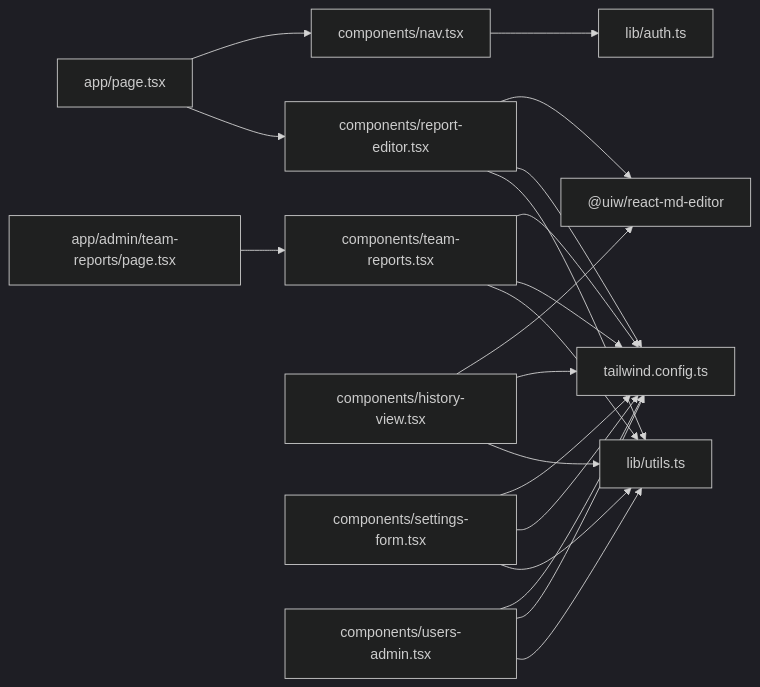
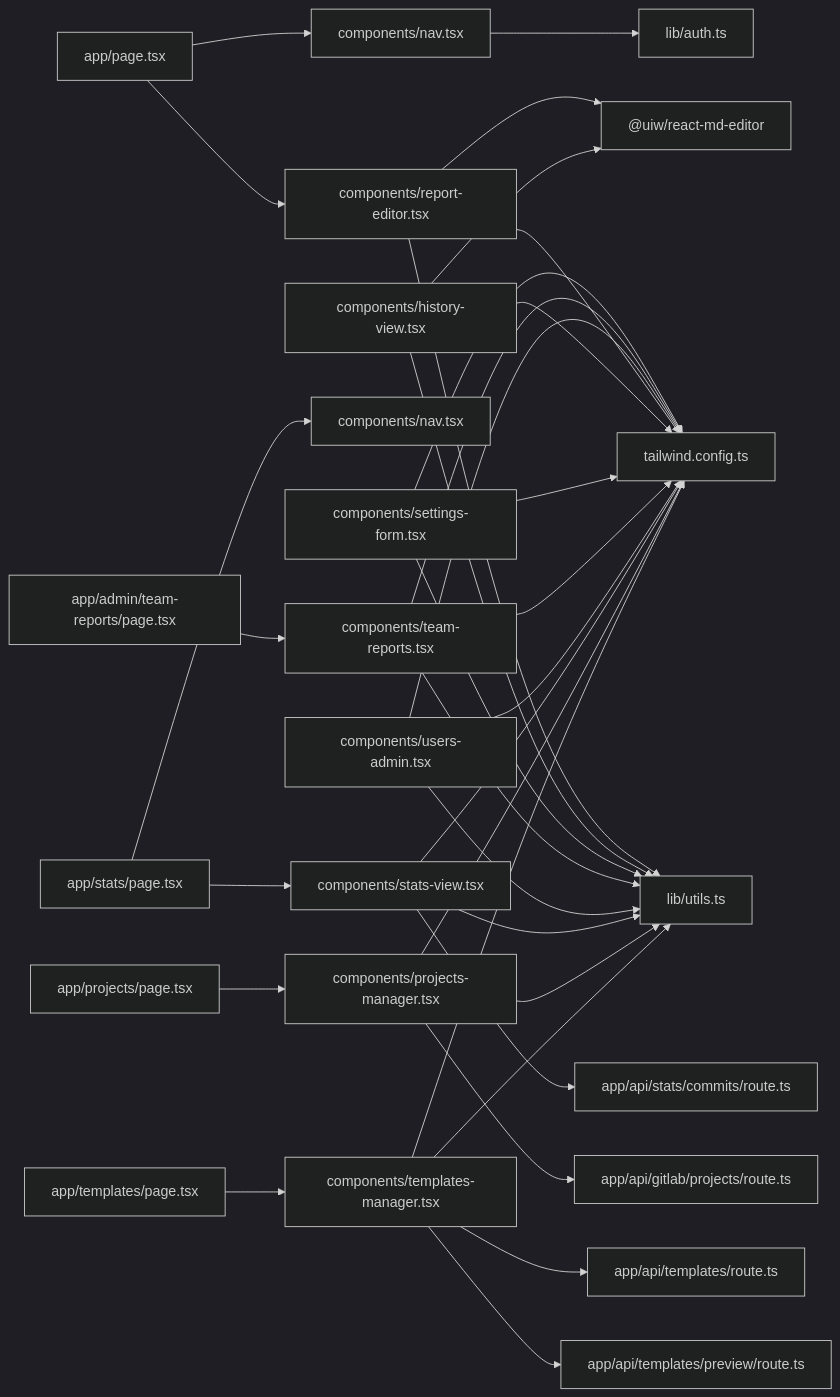
One commit to jrj444/git-daily changed diagram 13 of 13 in .qoder/repowiki/en/content/Frontend Components/Frontend Components.md. Above: the diagram before and after it, drawn with Mermaid (dark theme). The commit also changed other lines of this file and 26 other files, not shown here.

````diff
--- a/.qoder/repowiki/en/content/Frontend Components/Frontend Components.md
+++ b/.qoder/repowiki/en/content/Frontend Components/Frontend Components.md
@@ -430,22 +638,36 @@
 ```mermaid
 graph LR
 Page["app/page.tsx"] --> Nav["components/nav.tsx"]
 Page --> RE["components/report-editor.tsx"]
 TRP["app/admin/team-reports/page.tsx"] --> TR["components/team-reports.tsx"]
+SP["app/stats/page.tsx"] --> N["components/nav.tsx"]
+SP --> SV["components/stats-view.tsx"]
+PP["app/projects/page.tsx"] --> PM["components/projects-manager.tsx"]
+TP["app/templates/page.tsx"] --> TM["components/templates-manager.tsx"]
 Nav --> Auth["lib/auth.ts"]
 RE --> MD["@uiw/react-md-editor"]
 HV["components/history-view.tsx"] --> MD
 SF["components/settings-form.tsx"] --> TW["tailwind.config.ts"]
 TR["components/team-reports.tsx"] --> TW
 UA["components/users-admin.tsx"] --> TW
 RE --> TW
 HV --> TW
 SF --> TW
 TR --> TW
 UA --> TW
+SV --> TW
+PM --> TW
+TM --> TW
+SV --> API1["app/api/stats/commits/route.ts"]
+PM --> API2["app/api/gitlab/projects/route.ts"]
+TM --> API3["app/api/templates/route.ts"]
+TM --> API4["app/api/templates/preview/route.ts"]
 RE --> UT["lib/utils.ts"]
 HV --> UT
 SF --> UT
 TR --> UT
 UA --> UT
+SV --> UT
+PM --> UT
+TM --> UT
 ```
````
